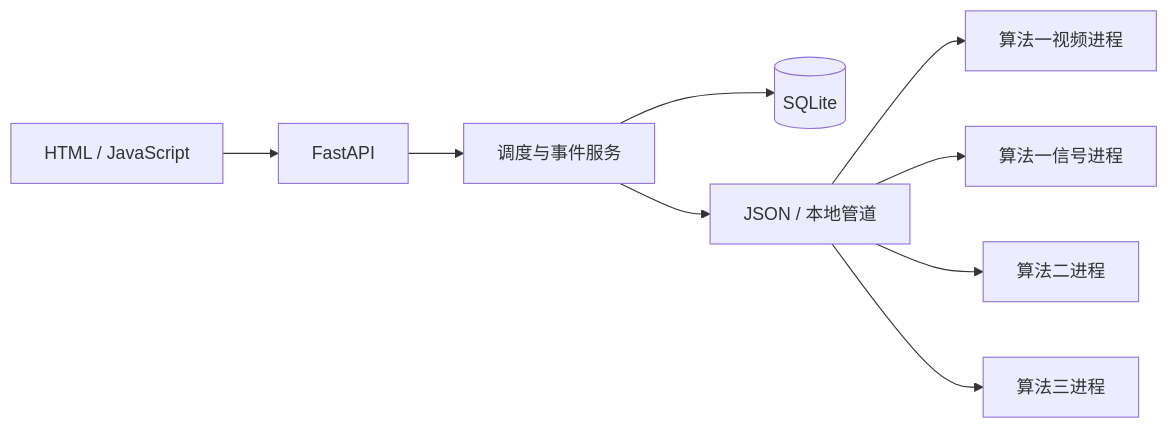
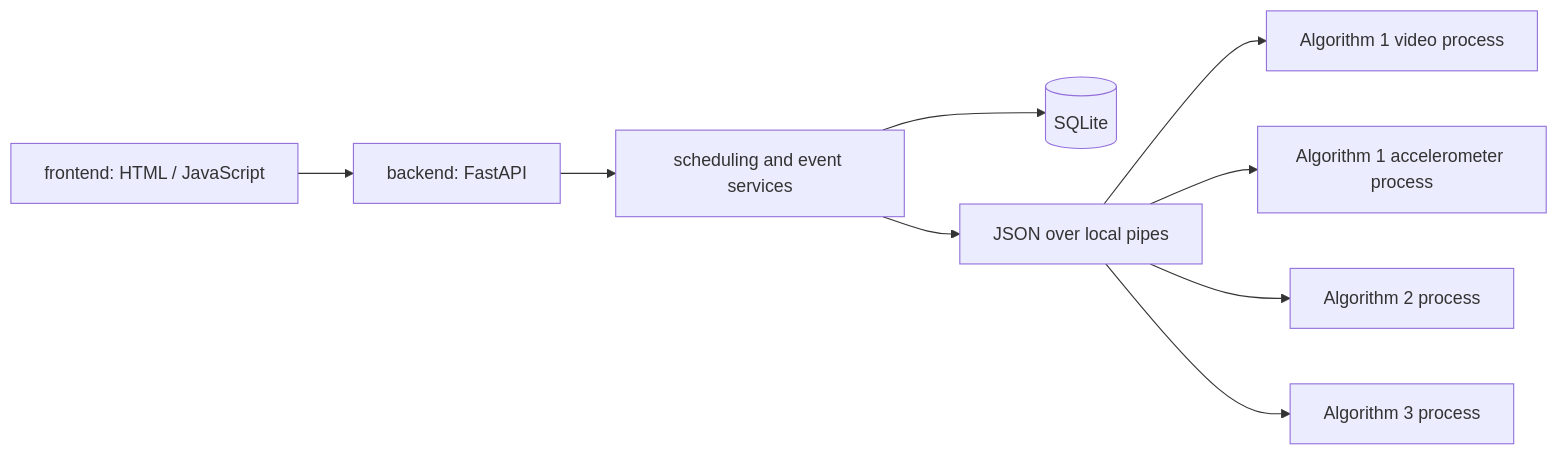
The diagram in docs/architecture.md (gaoxinghe1024/PRS_home_ease_new), drawn with Mermaid before and after one commit. The commit also changed other lines of this file and 114 other files, not shown here.

````diff
--- a/docs/architecture.md
+++ b/docs/architecture.md
@@ -5,11 +5,11 @@
 ```mermaid
 flowchart LR
-    HTML[HTML / JavaScript] --> API[FastAPI]
-    API --> Service[调度与事件服务]
+    UI[frontend: HTML / JavaScript] --> API[backend: FastAPI]
+    API --> Service[scheduling and event services]
     Service --> DB[(SQLite)]
-    Service --> IPC[JSON / 本地管道]
-    IPC --> Video[算法一视频进程]
-    IPC --> Accel[算法一信号进程]
-    IPC --> Exercise[算法二进程]
-    IPC --> Audio[算法三进程]
+    Service --> IPC[JSON over local pipes]
+    IPC --> Video[Algorithm 1 video process]
+    IPC --> Accel[Algorithm 1 accelerometer process]
+    IPC --> Exercise[Algorithm 2 process]
+    IPC --> Audio[Algorithm 3 process]
 ```
````
